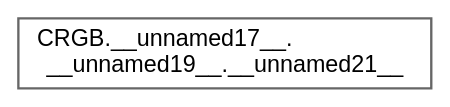
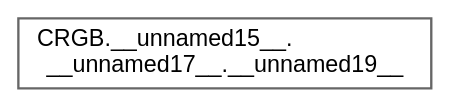
One commit to mcx/FastLED changed the diagram in docs/inherit_graph_40.dot. Above: the diagram before and after it, drawn with Graphviz. The commit also changed 1592 other files, not shown here.

```diff
--- a/docs/inherit_graph_40.dot
+++ b/docs/inherit_graph_40.dot
@@ -1,9 +1,9 @@
 digraph "Graphical Class Hierarchy"
 {
  // LATEX_PDF_SIZE
   bgcolor="transparent";
   edge [fontname=Helvetica,fontsize=10,labelfontname=Helvetica,labelfontsize=10];
   node [fontname=Helvetica,fontsize=10,shape=box,height=0.2,width=0.4];
   rankdir="LR";
-  Node0 [id="Node000000",label="CRGB.__unnamed17__.\l__unnamed19__.__unnamed21__",height=0.2,width=0.4,color="grey40", fillcolor="white", style="filled",URL="$db/d87/group___pixel_types.html#de/de4/union_c_r_g_b_8____unnamed17_____8____unnamed19_____8____unnamed21____",tooltip=" "];
+  Node0 [id="Node000000",label="CRGB.__unnamed15__.\l__unnamed17__.__unnamed19__",height=0.2,width=0.4,color="grey40", fillcolor="white", style="filled",URL="$db/d87/group___pixel_types.html#d6/df0/union_c_r_g_b_8____unnamed15_____8____unnamed17_____8____unnamed19____",tooltip=" "];
 }
```
